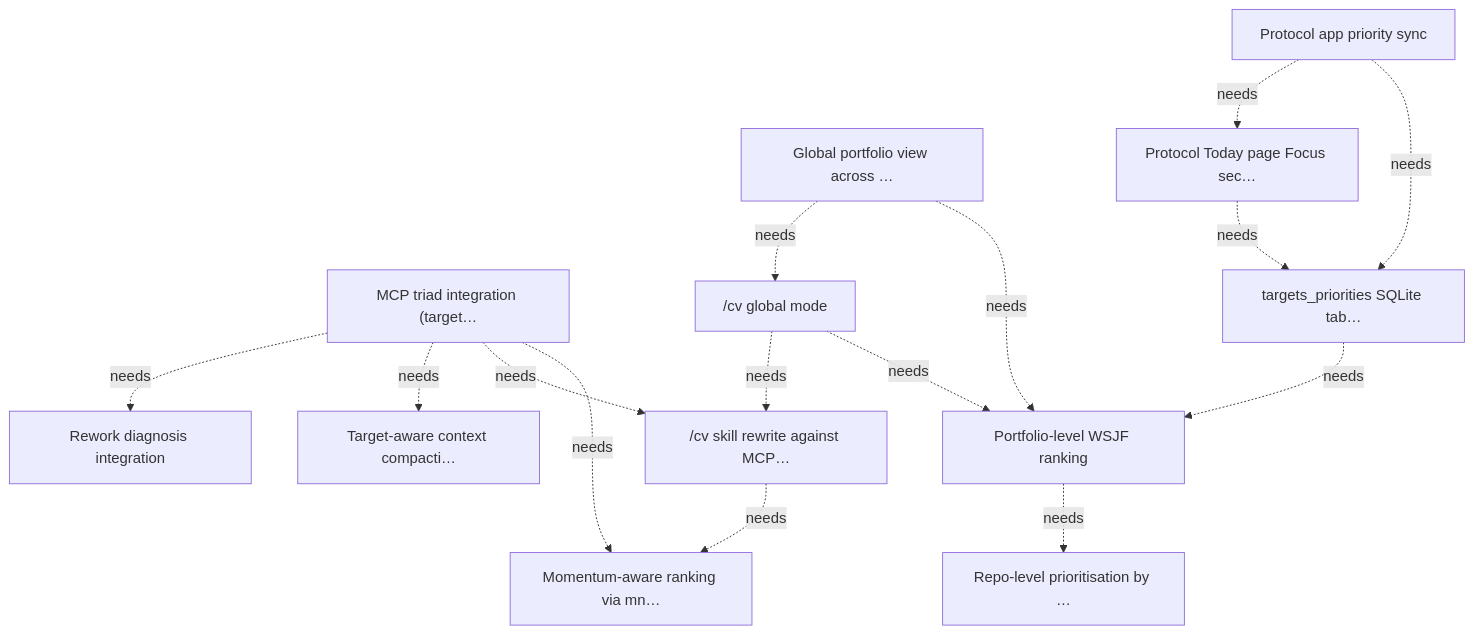
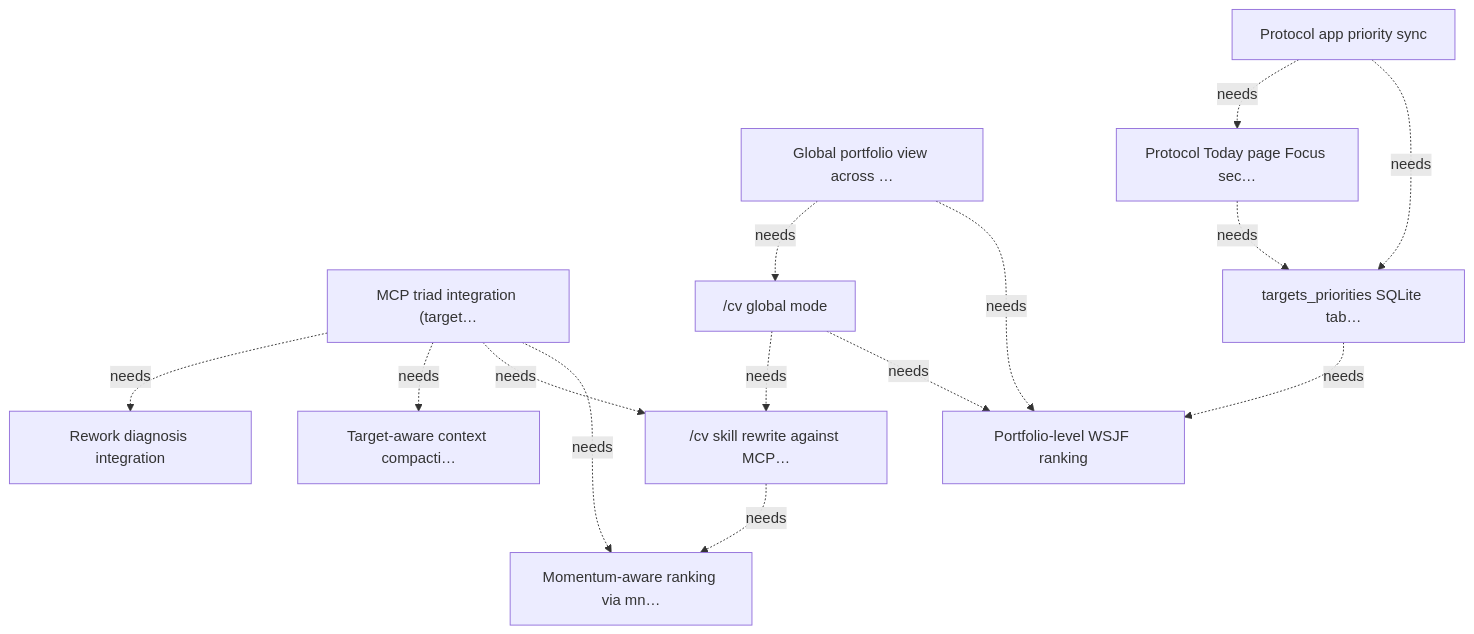
Before and after one commit to marcelocantos/bullseye: the diagram in docs/targets.md, drawn with Mermaid. The commit also changed other lines of this file and 1 other file, not shown here.

````diff
--- a/docs/targets.md
+++ b/docs/targets.md
@@ -390,29 +392,27 @@
 ```mermaid
 graph TD
     T1["MCP triad integration (target…"]
     T1_2["Momentum-aware ranking via mn…"]
     T1_3["/cv skill rewrite against MCP…"]
     T1_4["Target-aware context compacti…"]
     T1_5["Rework diagnosis integration"]
     T2["Global portfolio view across …"]
     T2_3["Portfolio-level WSJF ranking"]
     T2_4["/cv global mode"]
     T3["Protocol app priority sync"]
     T3_1["targets_priorities SQLite tab…"]
     T3_2["Protocol Today page Focus sec…"]
-    T7["Repo-level prioritisation by …"]
     T1 -.->|needs| T1_2
     T1 -.->|needs| T1_3
     T1 -.->|needs| T1_4
     T1 -.->|needs| T1_5
     T1_3 -.->|needs| T1_2
     T2 -.->|needs| T2_3
     T2 -.->|needs| T2_4
-    T2_3 -.->|needs| T7
     T2_4 -.->|needs| T2_3
     T2_4 -.->|needs| T1_3
     T3 -.->|needs| T3_1
     T3 -.->|needs| T3_2
     T3_1 -.->|needs| T2_3
     T3_2 -.->|needs| T3_1
 ```
````
